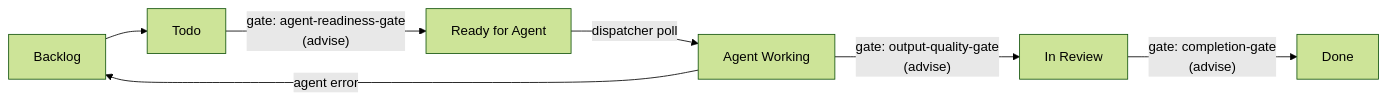
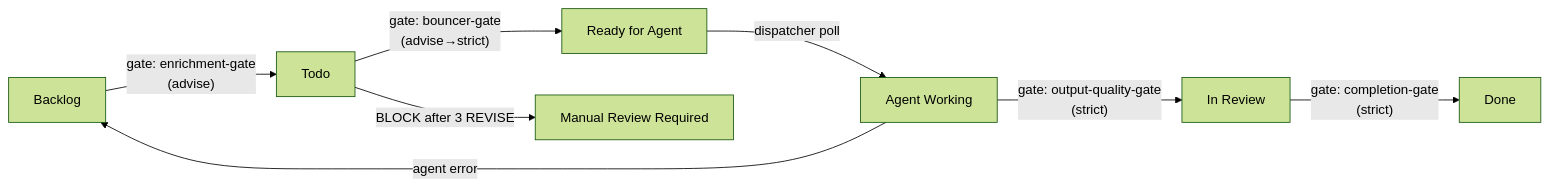
Before and after one commit to sliamh11/deus-v2: the first of 3 diagrams in docs/decisions/linear-webhook-pipeline.md, drawn with Mermaid (forest theme). The commit also changed other lines of this file and 10 other files, not shown here.

First line of the commit message:
feat(pipeline): two-gate architecture -- enrichment + bouncer gates (#544)

````diff
--- a/docs/decisions/linear-webhook-pipeline.md
+++ b/docs/decisions/linear-webhook-pipeline.md
@@ -30,10 +30,11 @@
 ```mermaid
 flowchart LR
-    BL[Backlog] --> TD[Todo]
-    TD -- "gate: agent-readiness-gate\n(advise)" --> RFA[Ready for Agent]
+    BL[Backlog] -- "gate: enrichment-gate\n(advise)" --> TD[Todo]
+    TD -- "gate: bouncer-gate\n(advise→strict)" --> RFA[Ready for Agent]
     RFA -- "dispatcher poll" --> AW[Agent Working]
-    AW -- "gate: output-quality-gate\n(advise)" --> IR[In Review]
-    IR -- "gate: completion-gate\n(advise)" --> DN[Done]
+    AW -- "gate: output-quality-gate\n(strict)" --> IR[In Review]
+    IR -- "gate: completion-gate\n(strict)" --> DN[Done]
 
     AW -- "agent error" --> BL
+    TD -- "BLOCK after 3 REVISE" --> MR[Manual Review Required]
 ```
````
